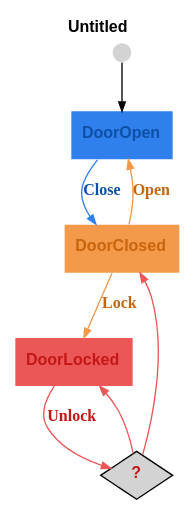
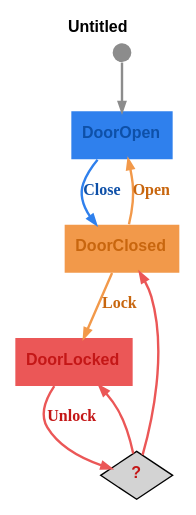
Before and after one commit to m-bock/purescript-transit: the diagram in graphs/door-with-pin.dot, drawn with Graphviz. The commit also changed 7 other files, not shown here.

```diff
--- a/graphs/door-with-pin.dot
+++ b/graphs/door-with-pin.dot
@@ -1,16 +1,16 @@
 digraph 
 {
 rankdir = "TD";fontname = "Arial";label = <<b>Untitled</b>>;labelloc = "t";fontsize = 12
 DoorOpen [shape = "box", label = <<b>DoorOpen</b>>, fontsize = 12, style = "filled", fillcolor = "#2f80ed", fontcolor = "#0e50a8", fontname = "Arial", labelloc = "c", penwidth = 0.0]
-__Start__ [shape = "circle", label = "", width = 0.2, height = 0.2, fixedsize = true, style = "filled", penwidth = 0.0]
-__Start__ -> DoorOpen [arrowsize = "0.7"]
-DoorOpen -> DoorClosed [label = <<b>Close</b>>, fontcolor = "#0e50a8", color = "#2f80ed", fontsize = 12, arrowsize = "0.7"]
+__Start__ [shape = "circle", label = "", width = 0.2, height = 0.2, fixedsize = true, style = "filled", fillcolor = "#8c8c8c", penwidth = 0.0]
+__Start__ -> DoorOpen [color = "#8c8c8c", fontsize = 12, arrowsize = "0.7", penwidth = 1.8]
+DoorOpen -> DoorClosed [color = "#2f80ed", fontcolor = "#0e50a8", fontsize = 12, arrowsize = "0.7", label = <<b>Close</b>>, penwidth = 1.8]
 DoorClosed [shape = "box", label = <<b>DoorClosed</b>>, fontsize = 12, style = "filled", fillcolor = "#f2994a", fontcolor = "#c8660e", fontname = "Arial", labelloc = "c", penwidth = 0.0]
-DoorClosed -> DoorOpen [label = <<b>Open</b>>, fontcolor = "#c8660e", color = "#f2994a", fontsize = 12, arrowsize = "0.7"]
-DoorClosed -> DoorLocked [label = <<b>Lock</b>>, fontcolor = "#c8660e", color = "#f2994a", fontsize = 12, arrowsize = "0.7"]
+DoorClosed -> DoorOpen [color = "#f2994a", fontcolor = "#c8660e", fontsize = 12, arrowsize = "0.7", label = <<b>Open</b>>, penwidth = 1.8]
+DoorClosed -> DoorLocked [color = "#f2994a", fontcolor = "#c8660e", fontsize = 12, arrowsize = "0.7", label = <<b>Lock</b>>, penwidth = 1.8]
 DoorLocked [shape = "box", label = <<b>DoorLocked</b>>, fontsize = 12, style = "filled", fillcolor = "#eb5757", fontcolor = "#c41717", fontname = "Arial", labelloc = "c", penwidth = 0.0]
 DoorLocked__Unlock [shape = "diamond", label = <<b>?</b>>, fontsize = 12, style = "filled", fontcolor = "#c41717", fontname = "Arial"]
-DoorLocked__Unlock -> DoorLocked [color = "#eb5757", fontcolor = "#c41717", fontsize = 12, arrowsize = "0.7"]
-DoorLocked__Unlock -> DoorClosed [color = "#eb5757", fontcolor = "#c41717", fontsize = 12, arrowsize = "0.7"]
-DoorLocked -> DoorLocked__Unlock [color = "#eb5757", fontcolor = "#c41717", fontsize = 12, arrowsize = "0.7", label = <<b>Unlock</b>>]
+DoorLocked__Unlock -> DoorLocked [color = "#eb5757", fontcolor = "#c41717", fontsize = 12, arrowsize = "0.7", penwidth = 1.8]
+DoorLocked__Unlock -> DoorClosed [color = "#eb5757", fontcolor = "#c41717", fontsize = 12, arrowsize = "0.7", penwidth = 1.8]
+DoorLocked -> DoorLocked__Unlock [color = "#eb5757", fontcolor = "#c41717", fontsize = 12, arrowsize = "0.7", label = <<b>Unlock</b>>, penwidth = 1.8]
 }
```
